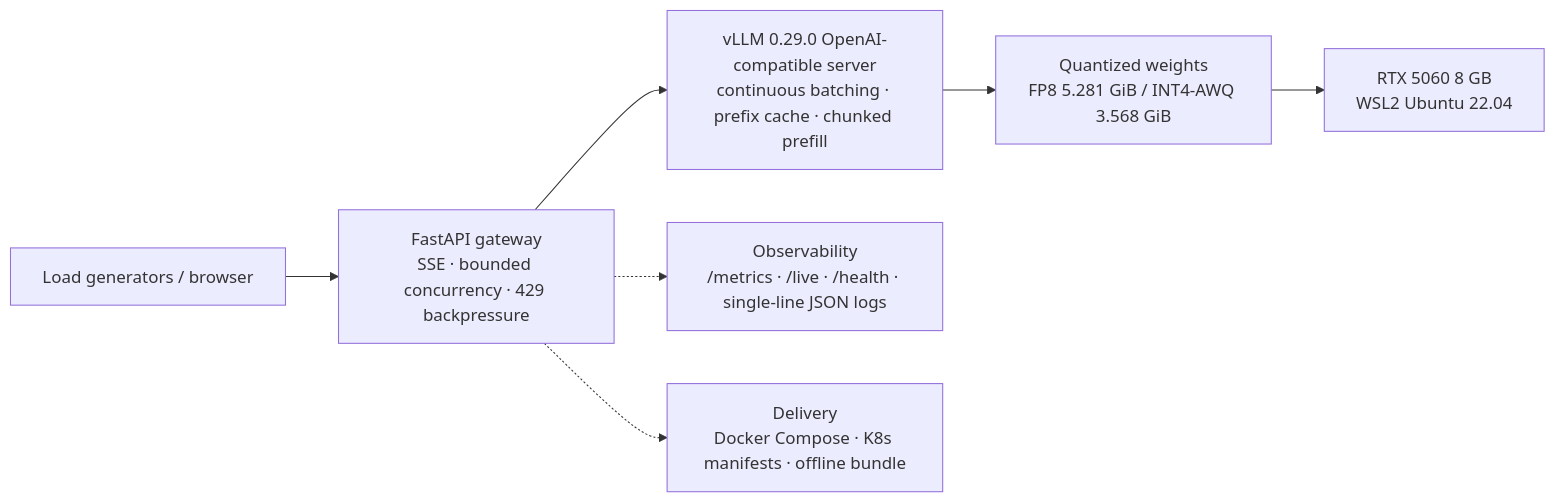
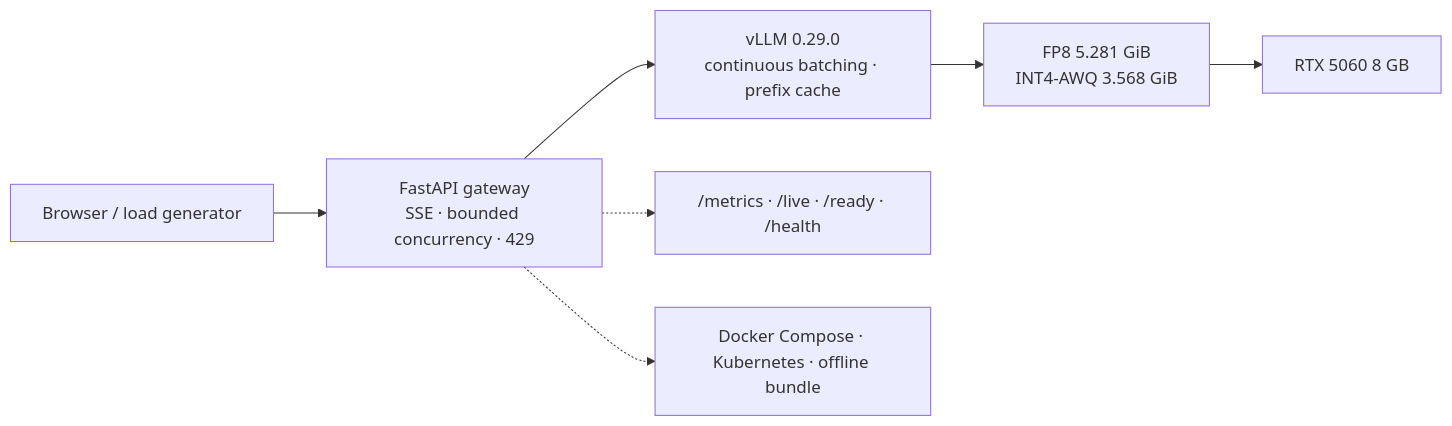
Before and after one commit to francisown/4b-llm-on-8gb-gpu: the diagram in README.md, drawn with Mermaid. The commit also changed other lines of this file and 216 other files, not shown here.

````diff
--- a/README.md
+++ b/README.md
@@ -101,9 +34,9 @@
 ```mermaid
 flowchart LR
-    A["Load generators / browser"] --> B["FastAPI gateway<br/>SSE · bounded concurrency · 429 backpressure"]
-    B --> C["vLLM 0.29.0 OpenAI-compatible server<br/>continuous batching · prefix cache · chunked prefill"]
-    C --> D["Quantized weights<br/>FP8 5.281 GiB / INT4-AWQ 3.568 GiB"]
-    D --> E["RTX 5060 8 GB<br/>WSL2 Ubuntu 22.04"]
-    B -.-> F["Observability<br/>/metrics · /live · /health · single-line JSON logs"]
-    B -.-> G["Delivery<br/>Docker Compose · K8s manifests · offline bundle"]
+    A["Browser / load generator"] --> B["FastAPI gateway<br/>SSE · bounded concurrency · 429"]
+    B --> C["vLLM 0.29.0<br/>continuous batching · prefix cache"]
+    C --> D["FP8 5.281 GiB<br/>INT4-AWQ 3.568 GiB"]
+    D --> E["RTX 5060 8 GB"]
+    B -.-> F["/metrics · /live · /ready · /health"]
+    B -.-> G["Docker Compose · Kubernetes · offline bundle"]
 ```
````
